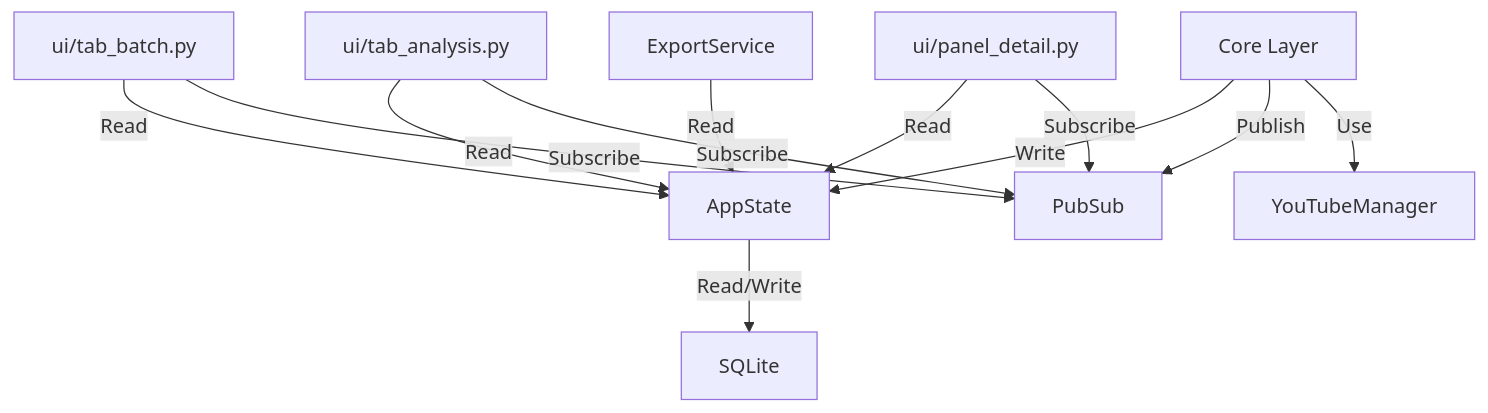
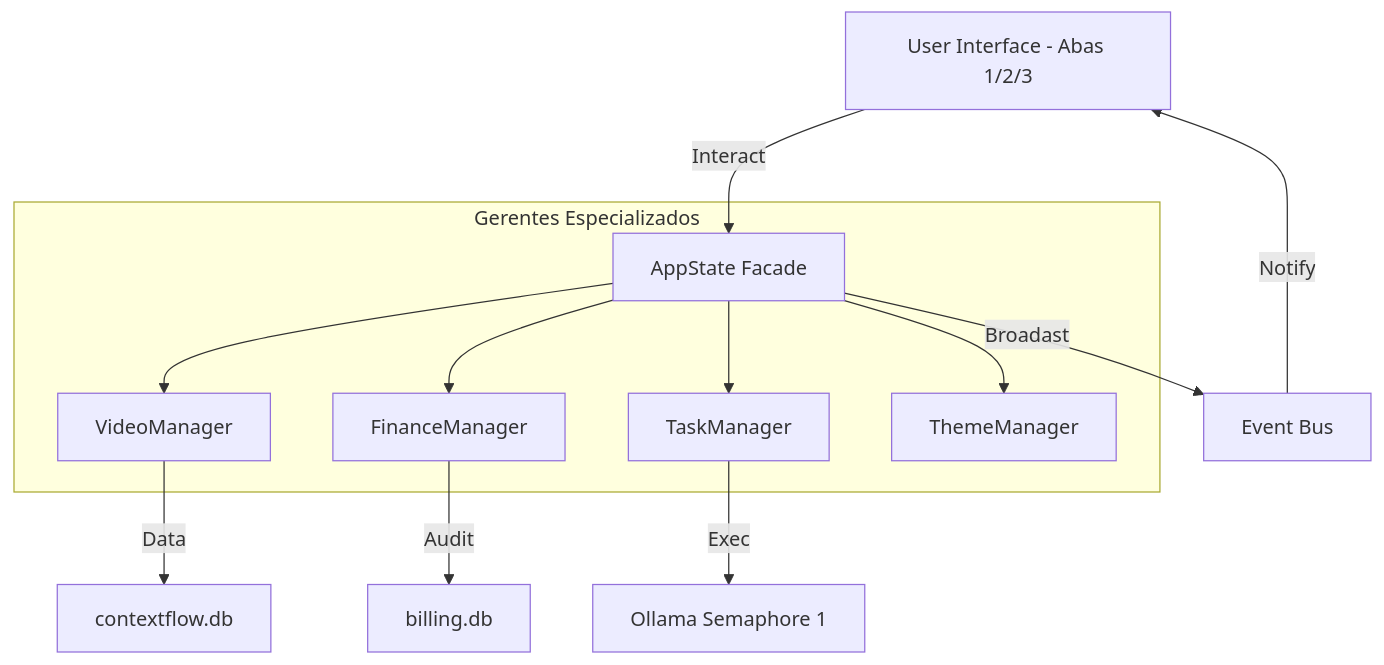
Before and after one commit to GuilhermeFerreira42/contextflow: the diagram in docs/blueprint/ARCHITECTURE.md, drawn with Mermaid. The commit also changed other lines of this file and 12 other files, not shown here.

````diff
--- a/docs/blueprint/ARCHITECTURE.md
+++ b/docs/blueprint/ARCHITECTURE.md
@@ -36,18 +46,18 @@
 ```mermaid
 graph TD
-    TabBatch[ui/tab_batch.py] -->|Read| AppState
-    TabAnalysis[ui/tab_analysis.py] -->|Read| AppState
-    TabDetail[ui/panel_detail.py] -->|Read| AppState
+    UI[User Interface - Abas 1/2/3] -->|Interact| AS[AppState Facade]
     
-    TabBatch -->|Subscribe| PubSub
-    TabAnalysis -->|Subscribe| PubSub
-    TabDetail -->|Subscribe| PubSub
+    subgraph Core_Managers [Gerentes Especializados]
+        AS --> VM[VideoManager]
+        AS --> FM[FinanceManager]
+        AS --> TM[TaskManager]
+        AS --> TH[ThemeManager]
+    end
+
+    VM -->|Data| DB_Main[contextflow.db]
+    FM -->|Audit| DB_Billing[billing.db]
+    TM -->|Exec| Local_AI[Ollama Semaphore 1]
     
-    Processor[Core Layer] -->|Write| AppState
-    Processor -->|Publish| PubSub
-    Processor -->|Use| YouTubeManager
-    
-    ExportService -->|Read| AppState
-    
-    AppState -->|Read/Write| DB[SQLite]
+    AS -->|Broadast| PubSub[Event Bus]
+    PubSub -->|Notify| UI
 ```
````
